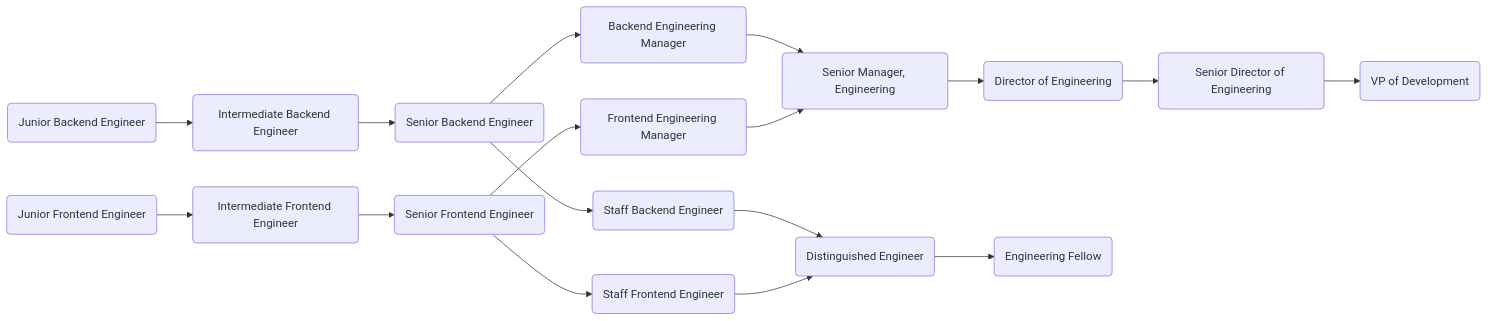
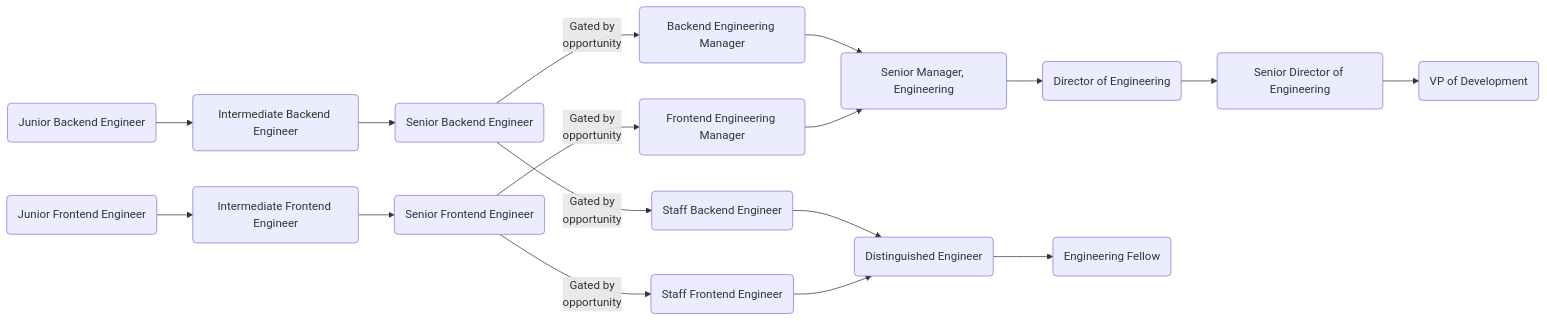
One commit to secretstartups/handbook changed the first of 6 diagrams in career-development/index.html.md. Above: the diagram before and after it, drawn with Mermaid. The commit also changed other lines of this file, not shown here.

Commit message:
Adding verbiage about senior dest role

````diff
--- a/career-development/index.html.md
+++ b/career-development/index.html.md
@@ -112,61 +112,61 @@
 ```mermaid
   graph LR;
   %% frontend roles
   eng:jfe(Junior Frontend Engineer);
   click eng:jfe "/job-families/engineering/development/frontend#junior-frontend-engineer";
 
   eng:ife(Intermediate Frontend Engineer);
   click eng:ife "/job-families/engineering/development/frontend/#intermediate-frontend-engineer";
 
   eng:sfe(Senior Frontend Engineer);
   click eng:sfe "/job-families/engineering/development/frontend/#senior-frontend-engineer";
 
   eng:stf(Staff Frontend Engineer);
   click eng:stf "/job-families/engineering/development/frontend/#staff-frontend-engineer";
 
   eng:fem(Frontend Engineering Manager);
   click eng:fem "/job-families/engineering/development/frontend/manager";
 
   %% backend roles
   eng:jbe(Junior Backend Engineer);
   click eng:jbe "/job-families/engineering/development/backend/#junior-backend-engineer";
 
   eng:ibe(Intermediate Backend Engineer);
   click eng:ibe "/job-families/engineering/development/backend/#backend-engineer";
 
   eng:sbe(Senior Backend Engineer);
   click eng:sbe "/job-families/engineering/development/backend/#senior-backend-engineer";
 
   eng:stb(Staff Backend Engineer);
   click eng:stb "/job-families/engineering/development/backend/#staff-backend-engineer";
 
   eng:bem(Backend Engineering Manager);
   click eng:bem "/job-families/engineering/development/backend/manager";
 
 
   %% engineering leadership
   eng:sme(Senior Manager, Engineering);
   click eng:sme "/job-families/engineering/engineering-management/#senior-manager-development";
 
   eng:dir(Director of Engineering);
   click eng:dir "/job-families/engineering/engineering-management/#director-development";
 
   eng:dis(Distinguished Engineer);
   click eng:dis "/job-families/engineering/engineering-management/#distinguished-engineer";
 
   eng:sde(Senior Director of Engineering);
   click eng:sde "/job-families/engineering/engineering-management/#senior-director-development";
 
   eng:vpd(VP of Development);
   click eng:vpd "/job-families/engineering/engineering-management/#vp-of-development";
 
   eng:fel(Engineering Fellow);
   click eng:fel "/job-families/engineering/engineering-management/#engineering-fellow";
 
   %% career progression
-  eng:jfe-->eng:ife-->eng:sfe-->eng:stf & eng:fem;
-  eng:jbe-->eng:ibe-->eng:sbe-->eng:stb & eng:bem;
+  eng:jfe-->eng:ife-->eng:sfe--Gated by<br/>opportunity-->eng:stf & eng:fem
+  eng:jbe-->eng:ibe-->eng:sbe--Gated by<br/>opportunity-->eng:stb & eng:bem;
   eng:bem & eng:fem-->eng:sme-->eng:dir-->eng:sde-->eng:vpd;
   eng:stb & eng:stf-->eng:dis-->eng:fel;
 
 ```
````
